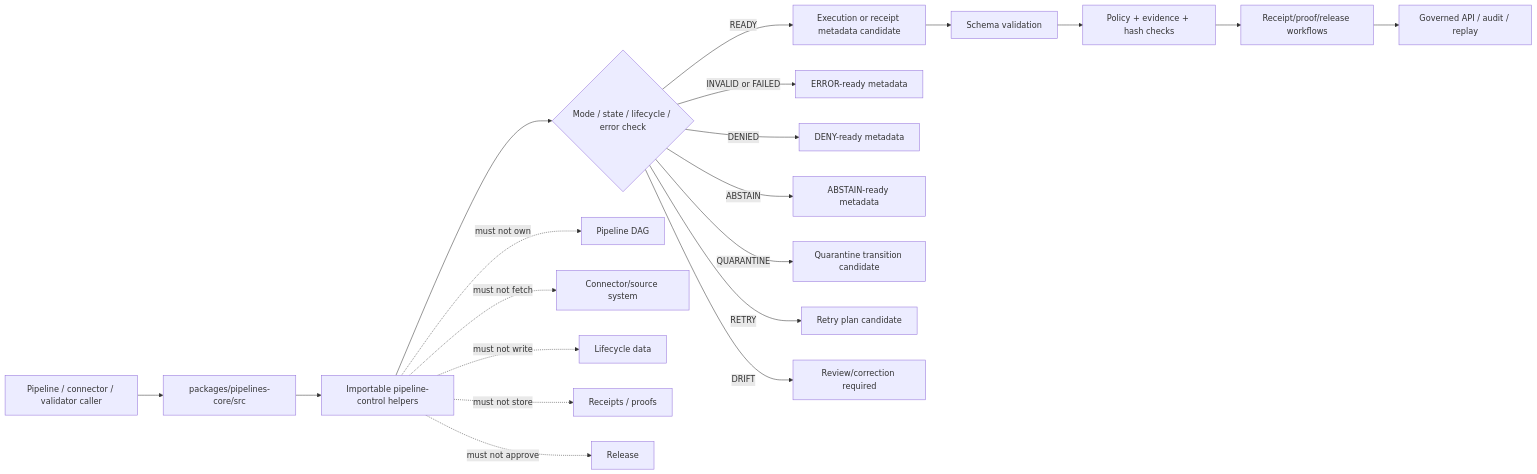
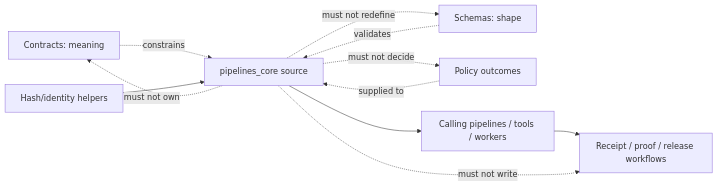
Before and after one commit to bartytime4life/Kansas-Frontier-Matrix: the first of 2 diagrams in packages/pipelines-core/src/README.md, drawn with Mermaid. The commit also changed other lines of this file, not shown here.

Commit message:
docs(pipelines-core): ground source envelope

````diff
--- a/packages/pipelines-core/src/README.md
+++ b/packages/pipelines-core/src/README.md
@@ -208,23 +510,14 @@
 ```mermaid
 flowchart LR
-    A[Pipeline / connector / validator caller] --> B[packages/pipelines-core/src]
-    B --> C[Importable pipeline-control helpers]
-    C --> D{Mode / state / lifecycle / error check}
-    D -->|READY| E[Execution or receipt metadata candidate]
-    D -->|INVALID or FAILED| F[ERROR-ready metadata]
-    D -->|DENIED| G[DENY-ready metadata]
-    D -->|ABSTAIN| H[ABSTAIN-ready metadata]
-    D -->|QUARANTINE| I[Quarantine transition candidate]
-    D -->|RETRY| J[Retry plan candidate]
-    D -->|DRIFT| K[Review/correction required]
-    E --> L[Schema validation]
-    L --> M[Policy + evidence + hash checks]
-    M --> N[Receipt/proof/release workflows]
-    N --> O[Governed API / audit / replay]
+    C[Contracts: meaning] -. constrains .-> P[pipelines_core source]
+    S[Schemas: shape] -. validates .-> P
+    Y[Policy outcomes] -. supplied to .-> P
+    H[Hash/identity helpers] --> P
+    P --> A[Calling pipelines / tools / workers]
+    A --> R[Receipt / proof / release workflows]
 
-    C -. must not own .-> P[Pipeline DAG]
-    C -. must not fetch .-> Q[Connector/source system]
-    C -. must not write .-> R[Lifecycle data]
-    C -. must not store .-> S[Receipts / proofs]
-    C -. must not approve .-> T[Release]
+    P -. must not own .-> C
+    P -. must not redefine .-> S
+    P -. must not decide .-> Y
+    P -. must not write .-> R
 ```
````
